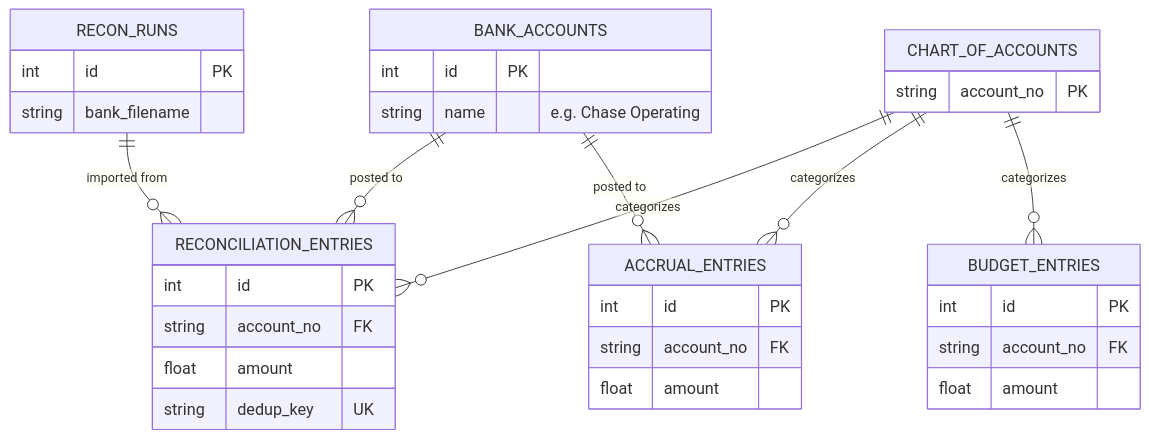
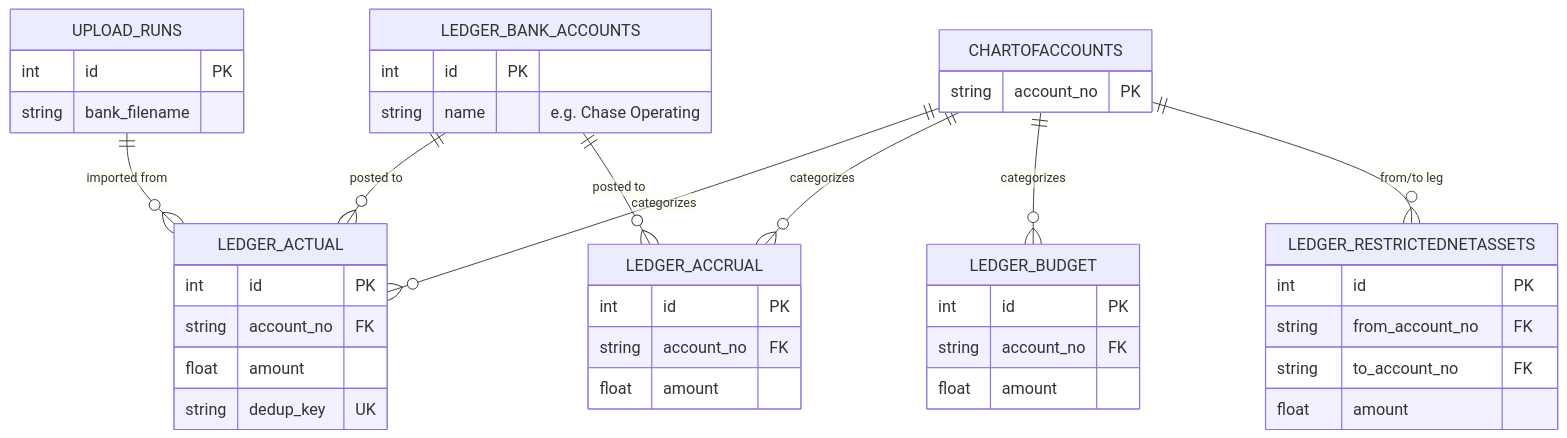
One commit to treasurer-cwmtc/cross-way-ledger changed the fifth of 7 diagrams in docs/ARCHITECTURE.md. Above: the diagram before and after it, drawn with Mermaid. The commit also changed other lines of this file and 13 other files, not shown here.

First line of the commit message:
Overhaul documentation: user runbooks, GCP deployment guide, current architecture

````diff
--- a/docs/ARCHITECTURE.md
+++ b/docs/ARCHITECTURE.md
@@ -202,38 +207,45 @@
 ```mermaid
 %%{init: {"themeVariables": {"fontSize": "18px"}}}%%
 erDiagram
-    CHART_OF_ACCOUNTS {
+    CHARTOFACCOUNTS {
         string account_no PK
     }
-    BANK_ACCOUNTS {
+    LEDGER_BANK_ACCOUNTS {
         int id PK
         string name "e.g. Chase Operating"
     }
-    RECON_RUNS {
+    UPLOAD_RUNS {
         int id PK
         string bank_filename
     }
-    RECONCILIATION_ENTRIES {
+    LEDGER_ACTUAL {
         int id PK
         string account_no FK
         float amount
         string dedup_key UK
     }
-    ACCRUAL_ENTRIES {
+    LEDGER_ACCRUAL {
         int id PK
         string account_no FK
         float amount
     }
-    BUDGET_ENTRIES {
+    LEDGER_BUDGET {
         int id PK
         string account_no FK
         float amount
     }
+    LEDGER_RESTRICTEDNETASSETS {
+        int id PK
+        string from_account_no FK
+        string to_account_no FK
+        float amount
+    }
 
-    CHART_OF_ACCOUNTS ||--o{ RECONCILIATION_ENTRIES : categorizes
-    CHART_OF_ACCOUNTS ||--o{ ACCRUAL_ENTRIES : categorizes
-    CHART_OF_ACCOUNTS ||--o{ BUDGET_ENTRIES : categorizes
-    BANK_ACCOUNTS ||--o{ RECONCILIATION_ENTRIES : "posted to"
-    BANK_ACCOUNTS ||--o{ ACCRUAL_ENTRIES : "posted to"
-    RECON_RUNS ||--o{ RECONCILIATION_ENTRIES : "imported from"
+    CHARTOFACCOUNTS ||--o{ LEDGER_ACTUAL : categorizes
+    CHARTOFACCOUNTS ||--o{ LEDGER_ACCRUAL : categorizes
+    CHARTOFACCOUNTS ||--o{ LEDGER_BUDGET : categorizes
+    CHARTOFACCOUNTS ||--o{ LEDGER_RESTRICTEDNETASSETS : "from/to leg"
+    LEDGER_BANK_ACCOUNTS ||--o{ LEDGER_ACTUAL : "posted to"
+    LEDGER_BANK_ACCOUNTS ||--o{ LEDGER_ACCRUAL : "posted to"
+    UPLOAD_RUNS ||--o{ LEDGER_ACTUAL : "imported from"
 ```
````
